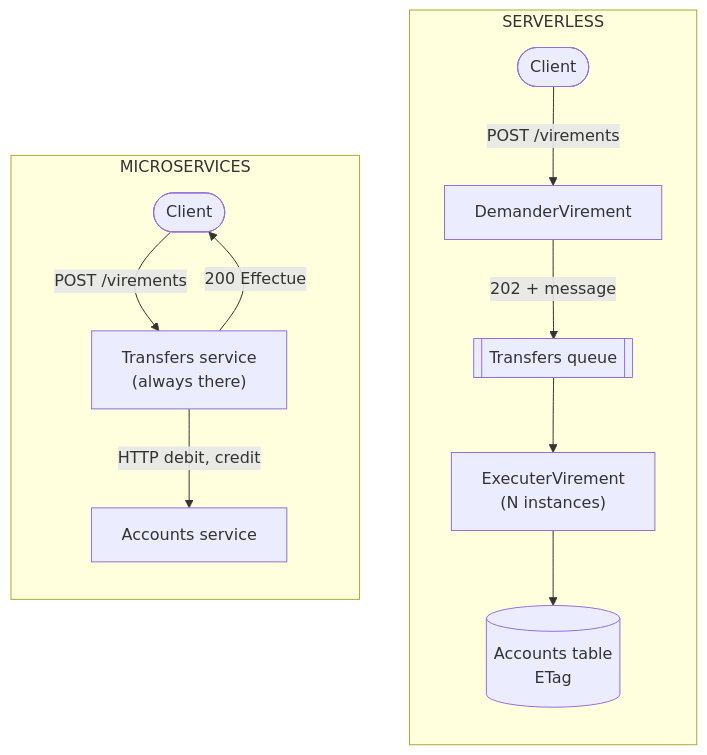
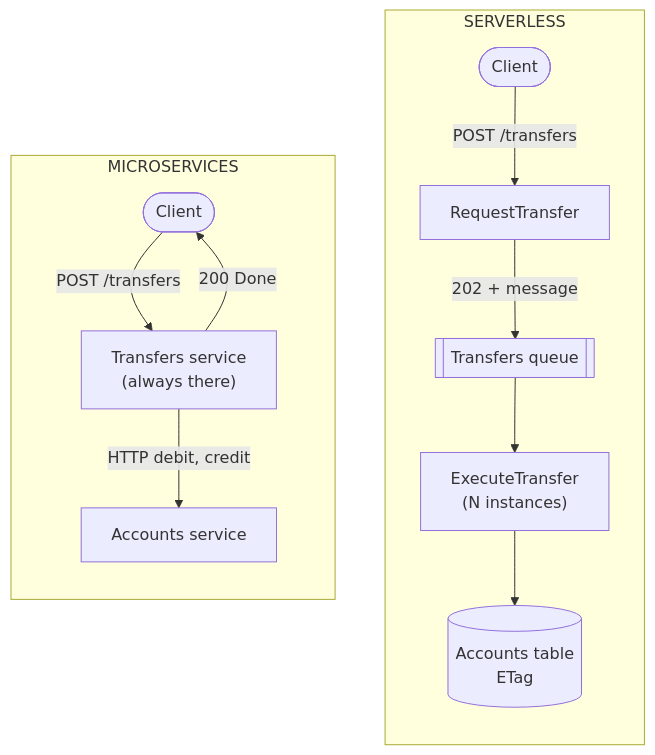
Before and after one commit to drangoht/ArchitecturesDemo: the diagram in Docs/en/differences/10-microservices-vs-serverless.md, drawn with Mermaid. The commit also changed other lines of this file and 78 other files, not shown here.

First line of the commit message:
Docs EN : identifiants, liens, diagrammes et sorties alignés sur le code anglais

````diff
--- a/Docs/en/differences/10-microservices-vs-serverless.md
+++ b/Docs/en/differences/10-microservices-vs-serverless.md
@@ -37,17 +37,17 @@
 ```mermaid
 flowchart LR
     subgraph M["MICROSERVICES"]
         direction TB
-        CL1(["Client"]) -->|"POST /virements"| V1["Transfers service<br/>(always there)"]
+        CL1(["Client"]) -->|"POST /transfers"| V1["Transfers service<br/>(always there)"]
         V1 -->|"HTTP debit, credit"| C1["Accounts service"]
-        V1 -->|"200 Effectue"| CL1
+        V1 -->|"200 Done"| CL1
     end
     subgraph S["SERVERLESS"]
         direction TB
-        CL2(["Client"]) -->|"POST /virements"| D2["DemanderVirement"]
+        CL2(["Client"]) -->|"POST /transfers"| D2["RequestTransfer"]
         D2 -->|"202 + message"| Q2[["Transfers queue"]]
-        Q2 --> E2["ExecuterVirement<br/>(N instances)"]
+        Q2 --> E2["ExecuteTransfer<br/>(N instances)"]
         E2 --> T2[("Accounts table<br/>ETag")]
     end
     M ~~~ S
 ```
````
